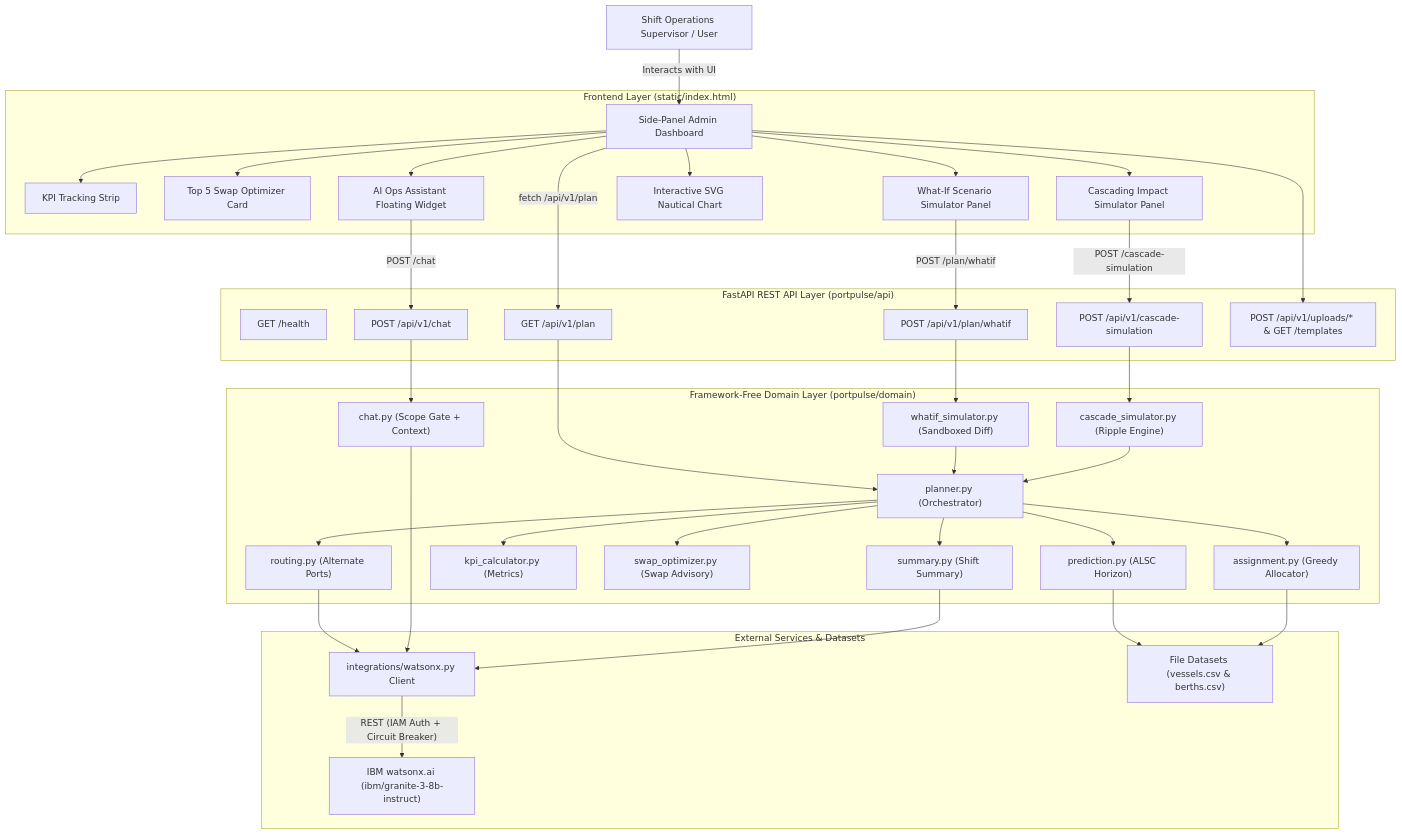
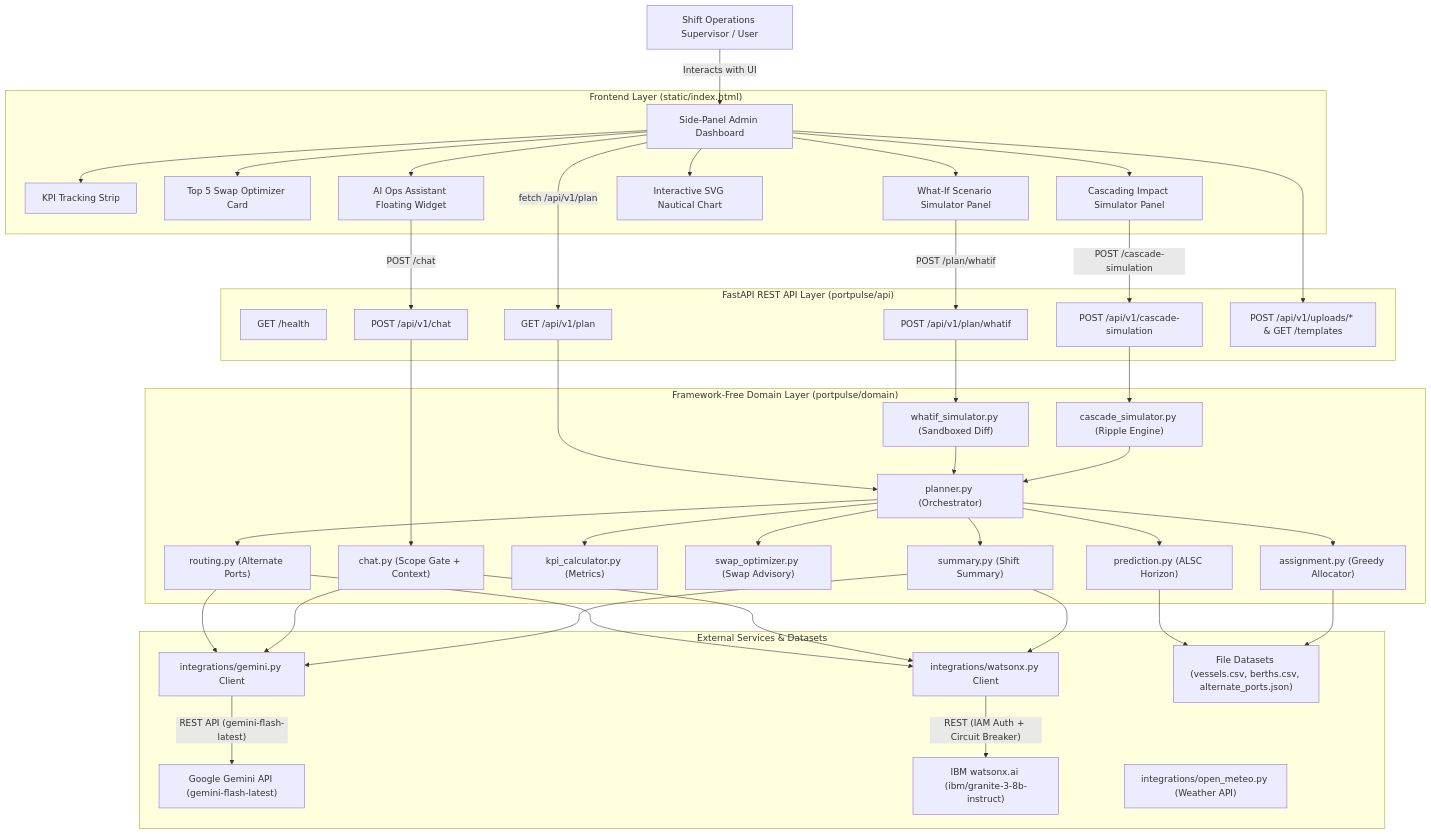
One commit to Jigar-CS/bob-ai-hackathon-ABC changed the first of 2 diagrams in docs/architecture.md. Above: the diagram before and after it, drawn with Mermaid. The commit also changed other lines of this file and 8 other files, not shown here.

Commit message:
docs: update all markdown documentation, architecture specs, screenshot roster, and changelog

````diff
--- a/docs/architecture.md
+++ b/docs/architecture.md
@@ -45,9 +45,12 @@
     end
 
     subgraph External["External Services & Datasets"]
+        Gemini["integrations/gemini.py Client"]
+        GeminiAI["Google Gemini API (gemini-flash-latest)"]
         Watsonx["integrations/watsonx.py Client"]
         WatsonxAI["IBM watsonx.ai (ibm/granite-3-8b-instruct)"]
-        CSVData["File Datasets (vessels.csv & berths.csv)"]
+        OpenMeteo["integrations/open_meteo.py (Weather API)"]
+        CSVData["File Datasets (vessels.csv, berths.csv, alternate_ports.json)"]
     end
 
     User -->|"Interacts with UI"| Dashboard
@@ -81,9 +84,13 @@
 
     Prediction --> CSVData
     Assignment --> CSVData
+    Routing --> Gemini
     Routing --> Watsonx
+    ChatEngine --> Gemini
     ChatEngine --> Watsonx
+    SummaryEngine --> Gemini
     SummaryEngine --> Watsonx
 
+    Gemini -->|"REST API (gemini-flash-latest)"| GeminiAI
     Watsonx -->|"REST (IAM Auth + Circuit Breaker)"| WatsonxAI
 ```
````
